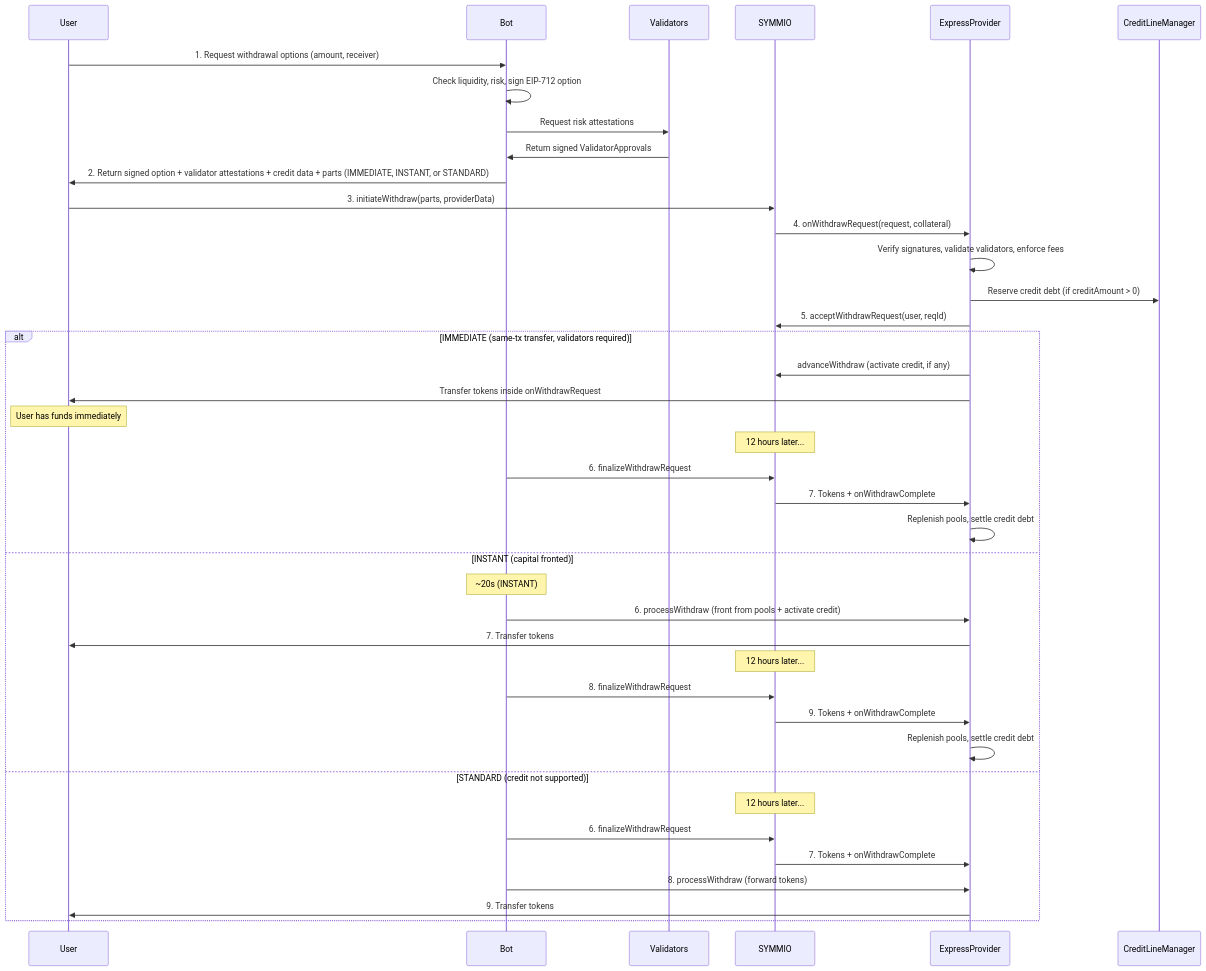
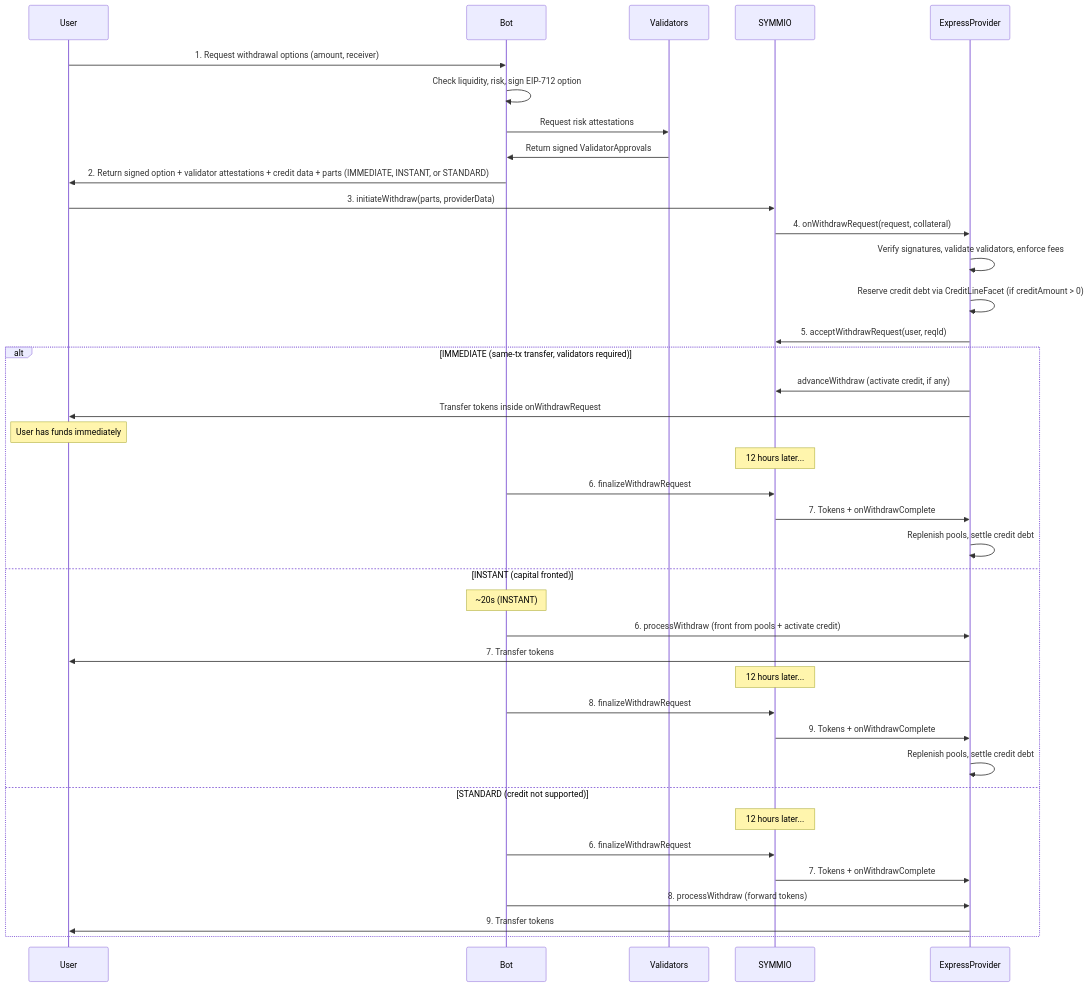
One commit to SYMM-IO/perps-core changed the first of 15 diagrams in docs/v0.8.6/express-withdrawal-system-design.md. Above: the diagram before and after it, drawn with Mermaid. The commit also changed other lines of this file and 1 other file, not shown here.

Commit message:
docs: update express layer docs for CreditLineFacet migration

````diff
--- a/docs/v0.8.6/express-withdrawal-system-design.md
+++ b/docs/v0.8.6/express-withdrawal-system-design.md
@@ -23,45 +23,44 @@
 ```mermaid
 sequenceDiagram
     participant User
     participant Bot
     participant Validators
     participant SYMMIO
     participant Express as ExpressProvider
-    participant CLM as CreditLineManager
 
     User->>Bot: 1. Request withdrawal options (amount, receiver)
     Bot->>Bot: Check liquidity, risk, sign EIP-712 option
     Bot->>Validators: Request risk attestations
     Validators->>Bot: Return signed ValidatorApprovals
     Bot->>User: 2. Return signed option + validator attestations + credit data + parts (IMMEDIATE, INSTANT, or STANDARD)
 
     User->>SYMMIO: 3. initiateWithdraw(parts, providerData)
     SYMMIO->>Express: 4. onWithdrawRequest(request, collateral)
     Express->>Express: Verify signatures, validate validators, enforce fees
-    Express->>CLM: Reserve credit debt (if creditAmount > 0)
+    Express->>Express: Reserve credit debt via CreditLineFacet (if creditAmount > 0)
     Express->>SYMMIO: 5. acceptWithdrawRequest(user, reqId)
 
     alt IMMEDIATE (same-tx transfer, validators required)
         Express->>SYMMIO: advanceWithdraw (activate credit, if any)
         Express->>User: Transfer tokens inside onWithdrawRequest
         Note over User: User has funds immediately
         Note over SYMMIO: 12 hours later...
         Bot->>SYMMIO: 6. finalizeWithdrawRequest
         SYMMIO->>Express: 7. Tokens + onWithdrawComplete
         Express->>Express: Replenish pools, settle credit debt
     else INSTANT (capital fronted)
         Note over Bot: ~20s (INSTANT)
         Bot->>Express: 6. processWithdraw (front from pools + activate credit)
         Express->>User: 7. Transfer tokens
         Note over SYMMIO: 12 hours later...
         Bot->>SYMMIO: 8. finalizeWithdrawRequest
         SYMMIO->>Express: 9. Tokens + onWithdrawComplete
         Express->>Express: Replenish pools, settle credit debt
     else STANDARD (credit not supported)
         Note over SYMMIO: 12 hours later...
         Bot->>SYMMIO: 6. finalizeWithdrawRequest
         SYMMIO->>Express: 7. Tokens + onWithdrawComplete
         Bot->>Express: 8. processWithdraw (forward tokens)
         Express->>User: 9. Transfer tokens
     end
 ```
````
